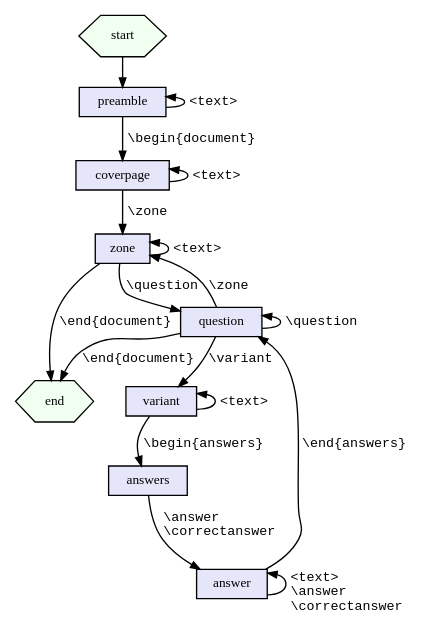
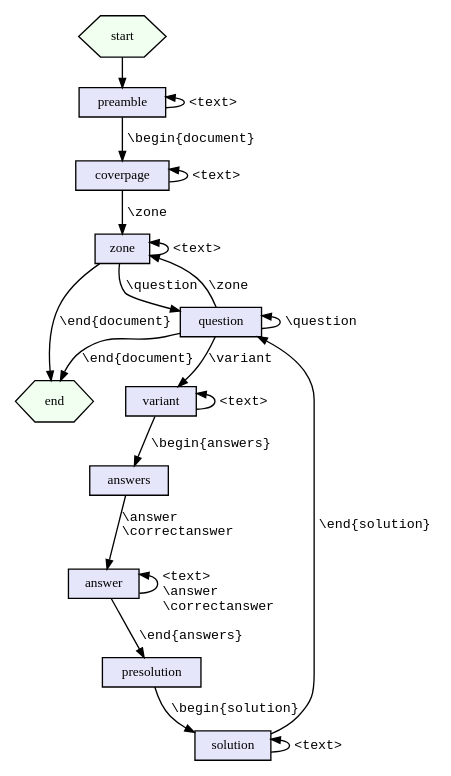
The diagram in statemachine.gv (mwest1066/randexam), drawn with Graphviz before and after one commit.

Commit message:
add presolution to statemachine diagram (from lee branch)

```diff
--- a/statemachine.gv
+++ b/statemachine.gv
@@ -1,35 +1,40 @@
 digraph partmc_modules {
     rankdir = TB;
     node [fontsize=10, height=0.3, width=0.5];
     graph [nodesep=0.2, ranksep=0.3];
     edge [arrowsize=0.7, fontsize=10, fontname=Courier];
 
     start [shape=hexagon, style=filled, fillcolor=honeydew1];
     end [shape=hexagon, style=filled, fillcolor=honeydew1];
 
     preamble [shape=box, style=filled, fillcolor=lavender];
     coverpage [shape=box, style=filled, fillcolor=lavender];
     zone [shape=box, style=filled, fillcolor=lavender];
     question [shape=box, style=filled, fillcolor=lavender];
     variant [shape=box, style=filled, fillcolor=lavender];
     answers [shape=box, style=filled, fillcolor=lavender];
     answer [shape=box, style=filled, fillcolor=lavender];
+    presolution [shape=box, style=filled, fillcolor=lavender];
+    solution [shape=box, style=filled, fillcolor=lavender];
 
     start -> preamble
     preamble -> coverpage [label=" \\begin{document}"]
     preamble -> preamble [label=" <text>", dir=back]
     coverpage -> zone [label=" \\zone"]
     coverpage -> coverpage [label=" <text>", dir=back]
     zone -> question [label="\\question"]
     zone -> zone [label=" <text>", dir=back]
     zone -> end [label="\\end{document}"]
     question -> variant [label="\\variant"]
     question -> question [label=" \\question", dir=back]
     question -> zone [label="\\zone"]
     question -> end [label="\\end{document}"]
     variant -> answers [label=" \\begin{answers}   "]
     variant -> variant [label=" <text>", dir=back]
     answers -> answer [label="\\answer          \n\\correctanswer   "]
-    answer -> question [label=" \\end{answers}"]
+    answer -> presolution [label=" \\end{answers}"]
     answer -> answer [label="\n <text>        \n \\answer       \n \\correctanswer", dir=back]
+    presolution -> solution [label="\\begin{solution}"]
+    solution -> question [label=" \\end{solution}"]
+    solution -> solution [label=" <text>", dir=back]
 }
```
